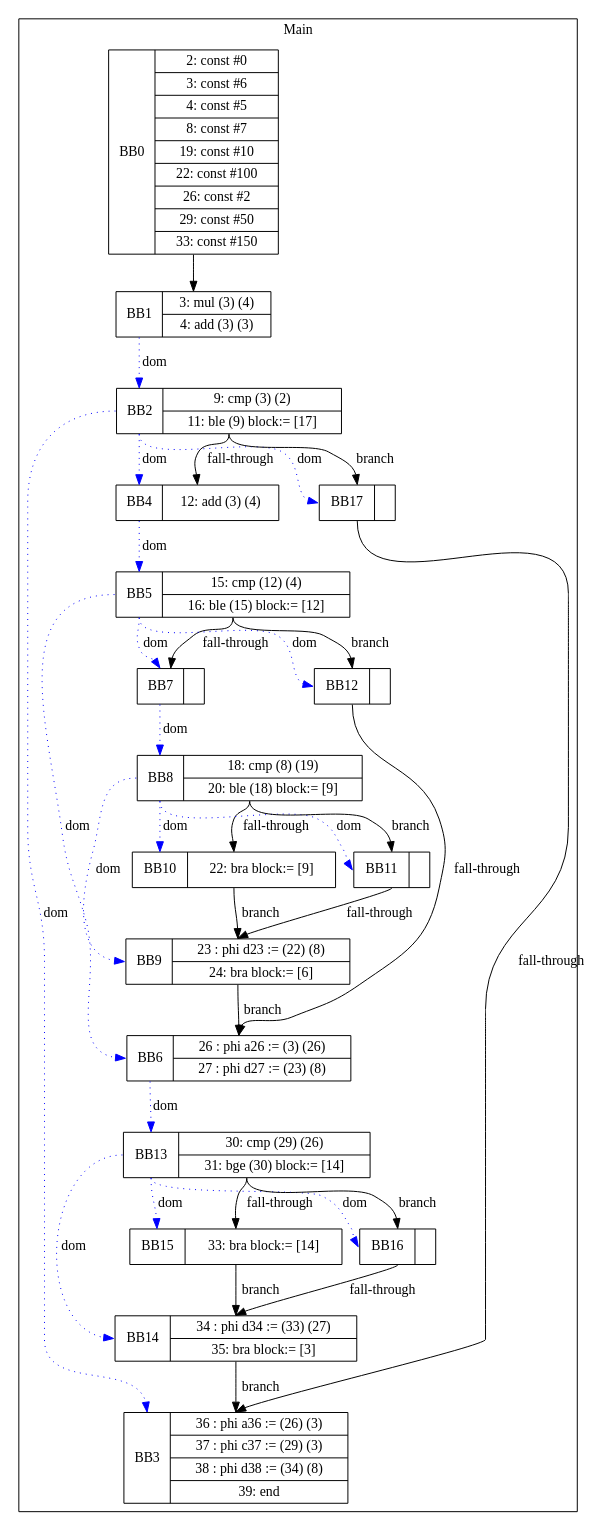
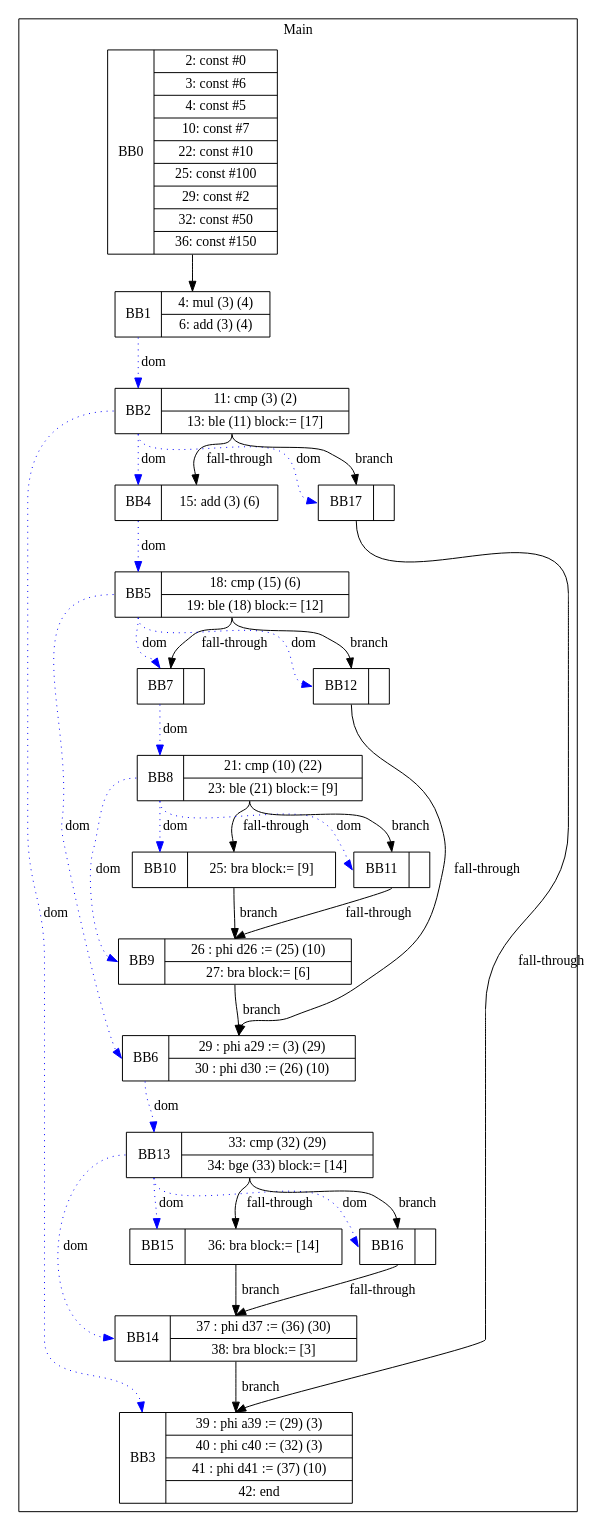
Before and after one commit to zjc664656505/UCI-CS241-Advanced-Compiler-main: the diagram in visualization/Ricky/ifTests/nestedIfElse.gv, drawn with Graphviz. The commit also changed 62 other files, not shown here.

```diff
--- a/visualization/Ricky/ifTests/nestedIfElse.gv
+++ b/visualization/Ricky/ifTests/nestedIfElse.gv
@@ -1,57 +1,57 @@
 digraph G {
 node [shape=record];
 subgraph cluster_main{
 label = "Main";
-BB0 [shape=record, label="<b>BB0|{2: const #0|3: const #6|4: const #5|8: const #7|19: const #10|22: const #100|26: const #2|29: const #50|33: const #150}"];
-BB1 [shape=record, label="<b>BB1|{3: mul (3) (4)|4: add (3) (3)}"];
-BB2 [shape=record, label="<b>BB2|{9: cmp (3) (2)|11: ble (9) block:= [17]}"];
-BB3 [shape=record, label="<b>BB3|{36 : phi a36 := (26) (3)|37 : phi c37 := (29) (3)|38 : phi d38 := (34) (8)|39: end}"];
-BB4 [shape=record, label="<b>BB4|{12: add (3) (4)}"];
-BB5 [shape=record, label="<b>BB5|{15: cmp (12) (4)|16: ble (15) block:= [12]}"];
-BB6 [shape=record, label="<b>BB6|{26 : phi a26 := (3) (26)|27 : phi d27 := (23) (8)}"];
+BB0 [shape=record, label="<b>BB0|{2: const #0|3: const #6|4: const #5|10: const #7|22: const #10|25: const #100|29: const #2|32: const #50|36: const #150}"];
+BB1 [shape=record, label="<b>BB1|{4: mul (3) (4)|6: add (3) (4)}"];
+BB2 [shape=record, label="<b>BB2|{11: cmp (3) (2)|13: ble (11) block:= [17]}"];
+BB3 [shape=record, label="<b>BB3|{39 : phi a39 := (29) (3)|40 : phi c40 := (32) (3)|41 : phi d41 := (37) (10)|42: end}"];
+BB4 [shape=record, label="<b>BB4|{15: add (3) (6)}"];
+BB5 [shape=record, label="<b>BB5|{18: cmp (15) (6)|19: ble (18) block:= [12]}"];
+BB6 [shape=record, label="<b>BB6|{29 : phi a29 := (3) (29)|30 : phi d30 := (26) (10)}"];
 BB7 [shape=record, label="<b>BB7|}"];
-BB8 [shape=record, label="<b>BB8|{18: cmp (8) (19)|20: ble (18) block:= [9]}"];
-BB9 [shape=record, label="<b>BB9|{23 : phi d23 := (22) (8)|24: bra block:= [6]}"];
-BB10 [shape=record, label="<b>BB10|{22: bra block:= [9]}"];
+BB8 [shape=record, label="<b>BB8|{21: cmp (10) (22)|23: ble (21) block:= [9]}"];
+BB9 [shape=record, label="<b>BB9|{26 : phi d26 := (25) (10)|27: bra block:= [6]}"];
+BB10 [shape=record, label="<b>BB10|{25: bra block:= [9]}"];
 BB11 [shape=record, label="<b>BB11|}"];
 BB12 [shape=record, label="<b>BB12|}"];
-BB13 [shape=record, label="<b>BB13|{30: cmp (29) (26)|31: bge (30) block:= [14]}"];
-BB14 [shape=record, label="<b>BB14|{34 : phi d34 := (33) (27)|35: bra block:= [3]}"];
-BB15 [shape=record, label="<b>BB15|{33: bra block:= [14]}"];
+BB13 [shape=record, label="<b>BB13|{33: cmp (32) (29)|34: bge (33) block:= [14]}"];
+BB14 [shape=record, label="<b>BB14|{37 : phi d37 := (36) (30)|38: bra block:= [3]}"];
+BB15 [shape=record, label="<b>BB15|{36: bra block:= [14]}"];
 BB16 [shape=record, label="<b>BB16|}"];
 BB17 [shape=record, label="<b>BB17|}"];
 }
 BB0:s -> BB1:n ;
 BB13:b -> BB14:b [color=blue, style=dotted, label="dom"];
 BB2:b -> BB4:b [color=blue, style=dotted, label="dom"];
 BB1:b -> BB2:b [color=blue, style=dotted, label="dom"];
 BB2:b -> BB17:b [color=blue, style=dotted, label="dom"];
 BB8:b -> BB10:b [color=blue, style=dotted, label="dom"];
 BB13:b -> BB16:b [color=blue, style=dotted, label="dom"];
 BB5:b -> BB7:b [color=blue, style=dotted, label="dom"];
 BB2:b -> BB3:b [color=blue, style=dotted, label="dom"];
 BB4:b -> BB5:b [color=blue, style=dotted, label="dom"];
 BB8:b -> BB9:b [color=blue, style=dotted, label="dom"];
 BB6:b -> BB13:b [color=blue, style=dotted, label="dom"];
 BB5:b -> BB6:b [color=blue, style=dotted, label="dom"];
 BB8:b -> BB11:b [color=blue, style=dotted, label="dom"];
 BB13:b -> BB15:b [color=blue, style=dotted, label="dom"];
 BB5:b -> BB12:b [color=blue, style=dotted, label="dom"];
 BB7:b -> BB8:b [color=blue, style=dotted, label="dom"];
 BB2:s -> BB17:n [label="branch"];
 BB15:s -> BB14:n [label="branch"];
 BB9:s -> BB6:n [label="branch"];
 BB13:s -> BB16:n [label="branch"];
 BB14:s -> BB3:n [label="branch"];
 BB10:s -> BB9:n [label="branch"];
 BB5:s -> BB12:n [label="branch"];
 BB8:s -> BB11:n [label="branch"];
 BB2:s -> BB4:n [label="fall-through"];
 BB8:s -> BB10:n [label="fall-through"];
 BB17:s -> BB3:n [label="fall-through"];
 BB5:s -> BB7:n [label="fall-through"];
 BB11:s -> BB9:n [label="fall-through"];
 BB16:s -> BB14:n [label="fall-through"];
 BB12:s -> BB6:n [label="fall-through"];
 BB13:s -> BB15:n [label="fall-through"];
 }
```
